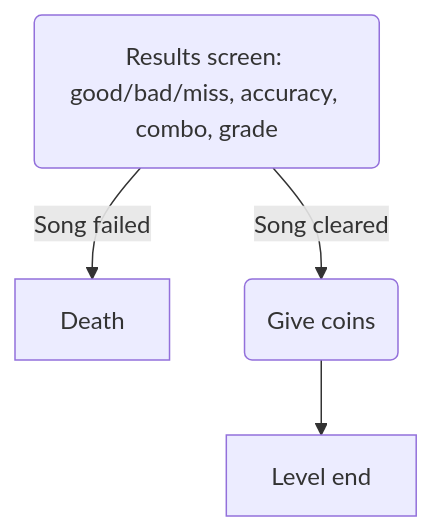
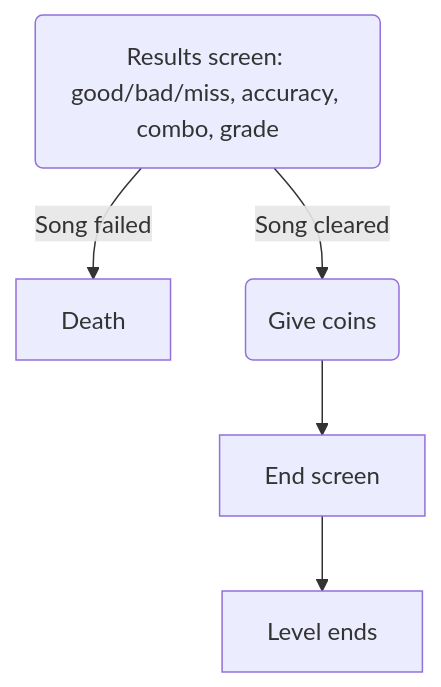
One commit to Maritsu/taiko-time changed the diagram in doc/ui/results.md. Above: the diagram before and after it, drawn with Mermaid. The commit also changed 8 other files, not shown here.

````diff
--- a/doc/ui/results.md
+++ b/doc/ui/results.md
@@ -3,7 +3,7 @@
 ```mermaid
 flowchart TD
     RS(Results screen: good/bad/miss, accuracy, combo, grade)
     RS -->|Song failed| GP0[Death]
     RS -->|Song cleared| GP1(Give coins)
-    GP1 --> 9999[Level end]
+    GP1 --> 9998[End screen] --> 9999[Level ends]
 ```
````
